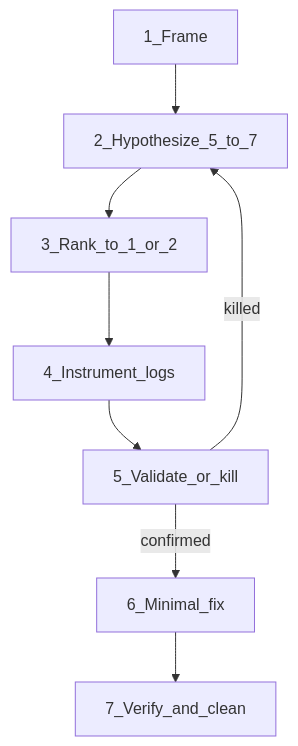
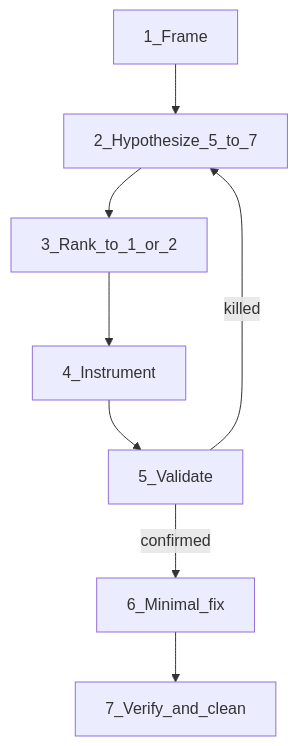
Before and after one commit to julienlhk/optima: the diagram in skills/optima-debug/SKILL.md, drawn with Mermaid. The commit also changed other lines of this file and 2 other files, not shown here.

````diff
--- a/skills/optima-debug/SKILL.md
+++ b/skills/optima-debug/SKILL.md
@@ -20,10 +19,10 @@
 ```mermaid
 flowchart TD
   frame[1_Frame] --> hypo[2_Hypothesize_5_to_7]
   hypo --> rank[3_Rank_to_1_or_2]
-  rank --> logs[4_Instrument_logs]
-  logs --> evidence[5_Validate_or_kill]
+  rank --> logs[4_Instrument]
+  logs --> evidence[5_Validate]
   evidence -->|confirmed| fix[6_Minimal_fix]
   evidence -->|killed| hypo
   fix --> verify[7_Verify_and_clean]
 ```
````
